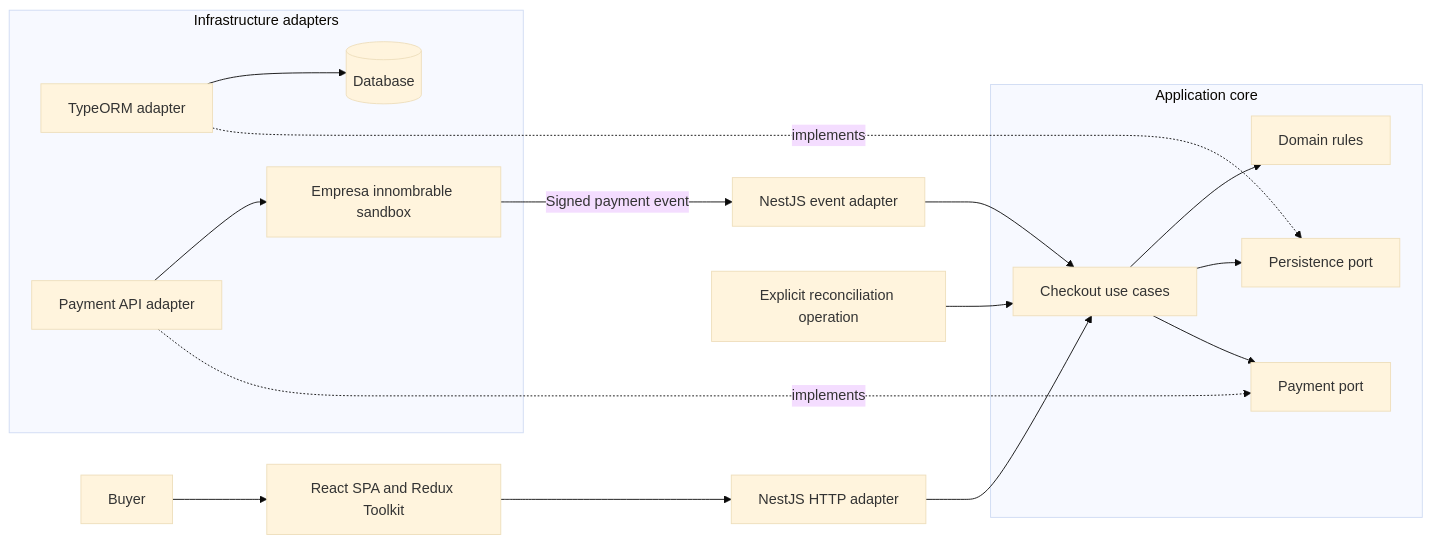
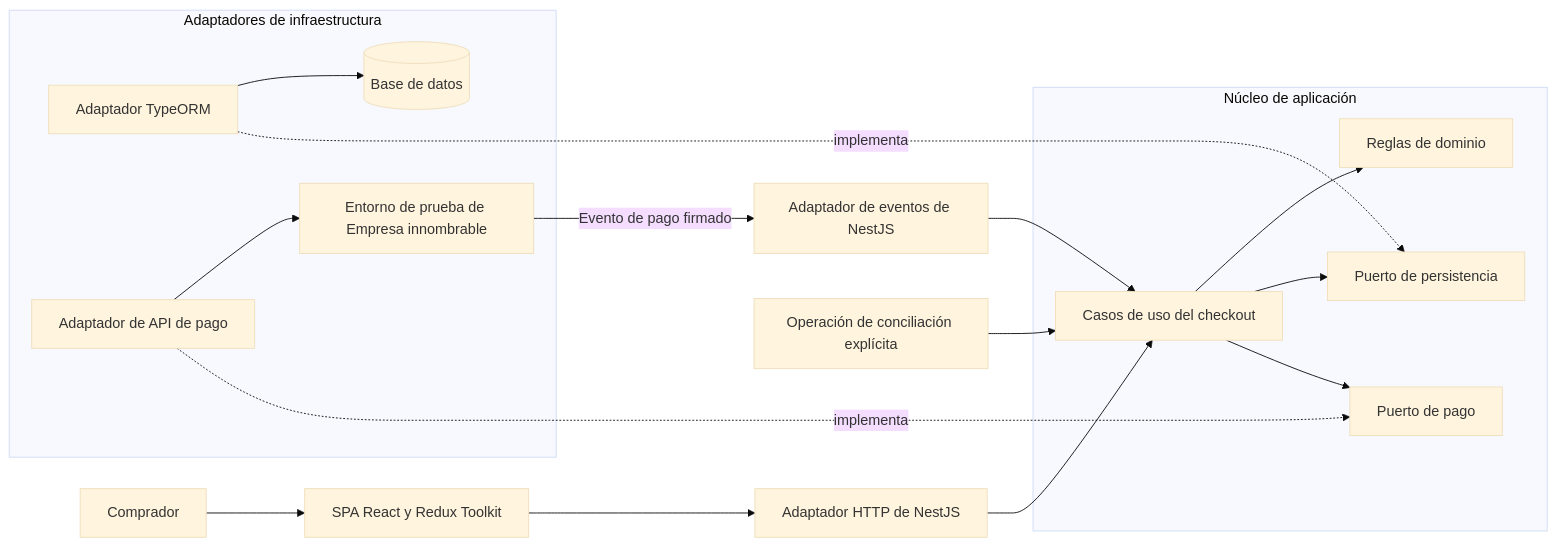
One commit to alexanderbeleno16/product-payment changed the first of 5 diagrams in README.md. Above: the diagram before and after it, drawn with Mermaid (base theme). The commit also changed other lines of this file, not shown here.

````diff
--- a/README.md
+++ b/README.md
@@ -9,24 +9,24 @@
 ```mermaid
 flowchart LR
-    Buyer[Buyer] --> SPA[React SPA and Redux Toolkit]
-    SPA --> HTTP[NestJS HTTP adapter]
-    Provider[Empresa innombrable sandbox] -->|Signed payment event| Event[NestJS event adapter]
-    Reconcile[Explicit reconciliation operation] --> UseCases
+    Buyer[Comprador] --> SPA[SPA React y Redux Toolkit]
+    SPA --> HTTP[Adaptador HTTP de NestJS]
+    Provider[Entorno de prueba de Empresa innombrable] -->|Evento de pago firmado| Event[Adaptador de eventos de NestJS]
+    Reconcile[Operación de conciliación explícita] --> UseCases
 
-    subgraph Core[Application core]
-        UseCases[Checkout use cases] --> Domain[Domain rules]
-        UseCases --> PersistencePort[Persistence port]
-        UseCases --> PaymentPort[Payment port]
+    subgraph Core[Núcleo de aplicación]
+        UseCases[Casos de uso del checkout] --> Domain[Reglas de dominio]
+        UseCases --> PersistencePort[Puerto de persistencia]
+        UseCases --> PaymentPort[Puerto de pago]
     end
 
     HTTP --> UseCases
     Event --> UseCases
 
-    subgraph Infrastructure[Infrastructure adapters]
-        TypeORM[TypeORM adapter] --> Database[(Database)]
-        PaymentAdapter[Payment API adapter] --> Provider
+    subgraph Infrastructure[Adaptadores de infraestructura]
+        TypeORM[Adaptador TypeORM] --> Database[(Base de datos)]
+        PaymentAdapter[Adaptador de API de pago] --> Provider
     end
 
-    TypeORM -. implements .-> PersistencePort
-    PaymentAdapter -. implements .-> PaymentPort
+    TypeORM -. implementa .-> PersistencePort
+    PaymentAdapter -. implementa .-> PaymentPort
 ```
````
